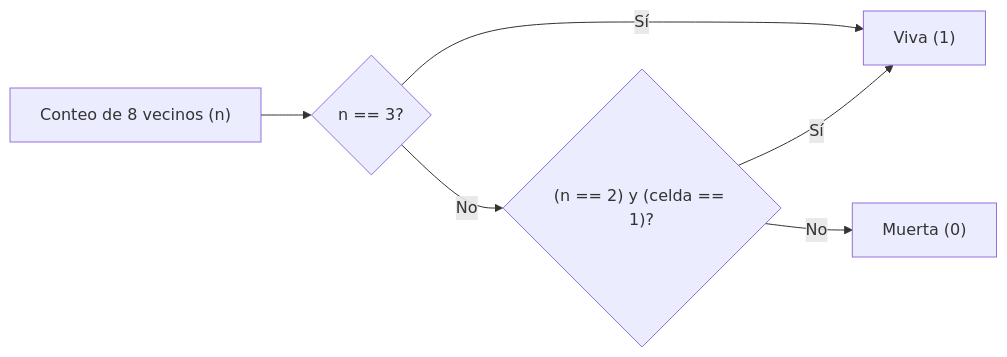
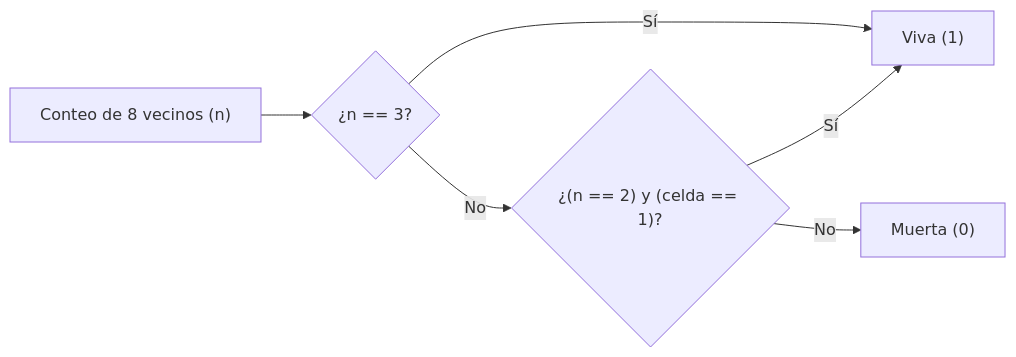
Before and after one commit to sgevatschnaider/BigData-Graphs-Evo-CA-Classroom: the second of 2 diagrams in src/classroom/ca/README.md, drawn with Mermaid. The commit also changed other lines of this file, not shown here.

````diff
--- a/src/classroom/ca/README.md
+++ b/src/classroom/ca/README.md
@@ -497,8 +640,8 @@
 ```mermaid
 graph LR
-  A["Conteo de 8 vecinos (n)"] --> B{"n == 3?"}
-  B -- Sí --> Alive["Viva (1)"]
-  B -- No --> C{"(n == 2) y (celda == 1)?"}
-  C -- Sí --> Alive
-  C -- No --> Dead["Muerta (0)"]
+    A["Conteo de 8 vecinos (n)"] --> B{"¿n == 3?"}
+    B -- Sí --> Alive["Viva (1)"]
+    B -- No --> C{"¿(n == 2) y (celda == 1)?"}
+    C -- Sí --> Alive
+    C -- No --> Dead["Muerta (0)"]
 ```
````
